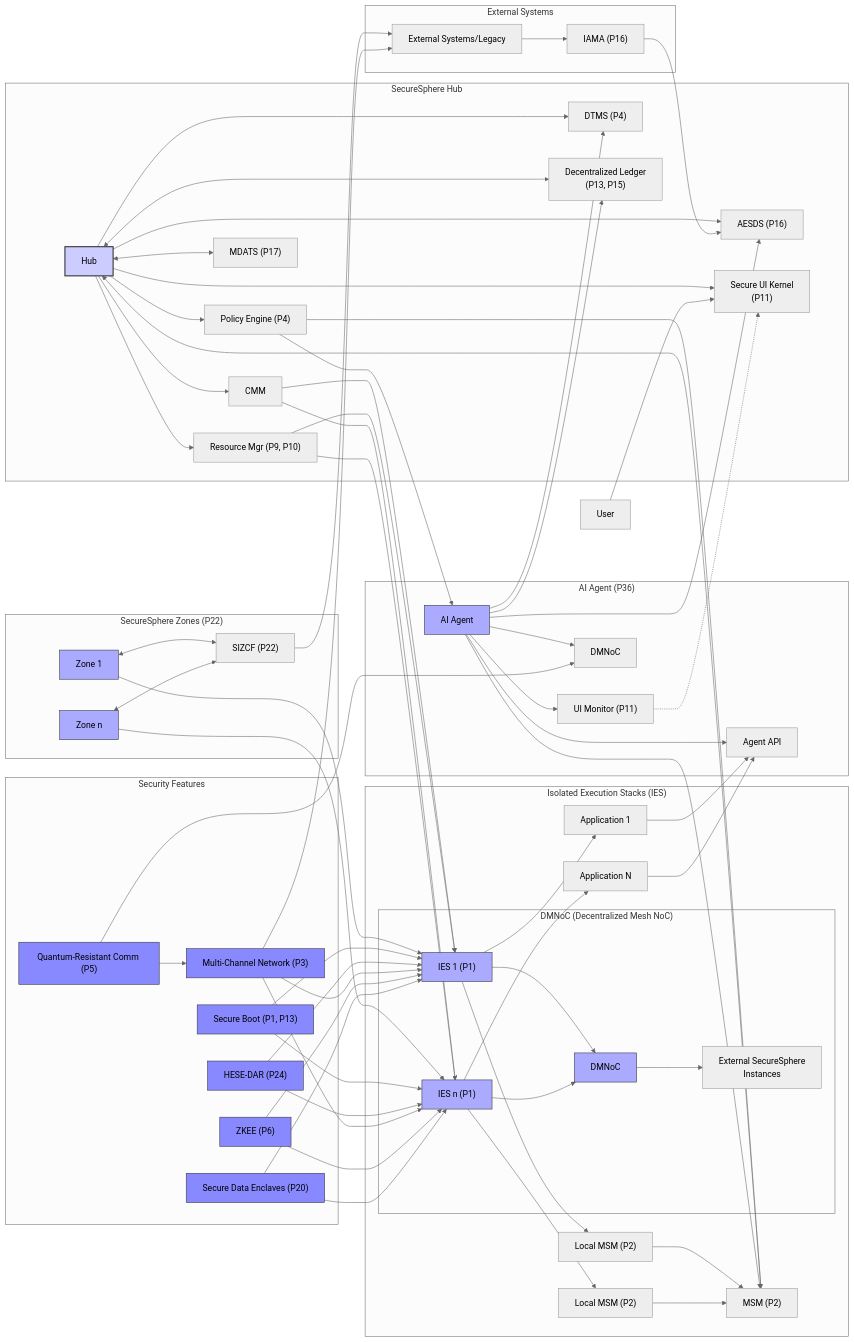
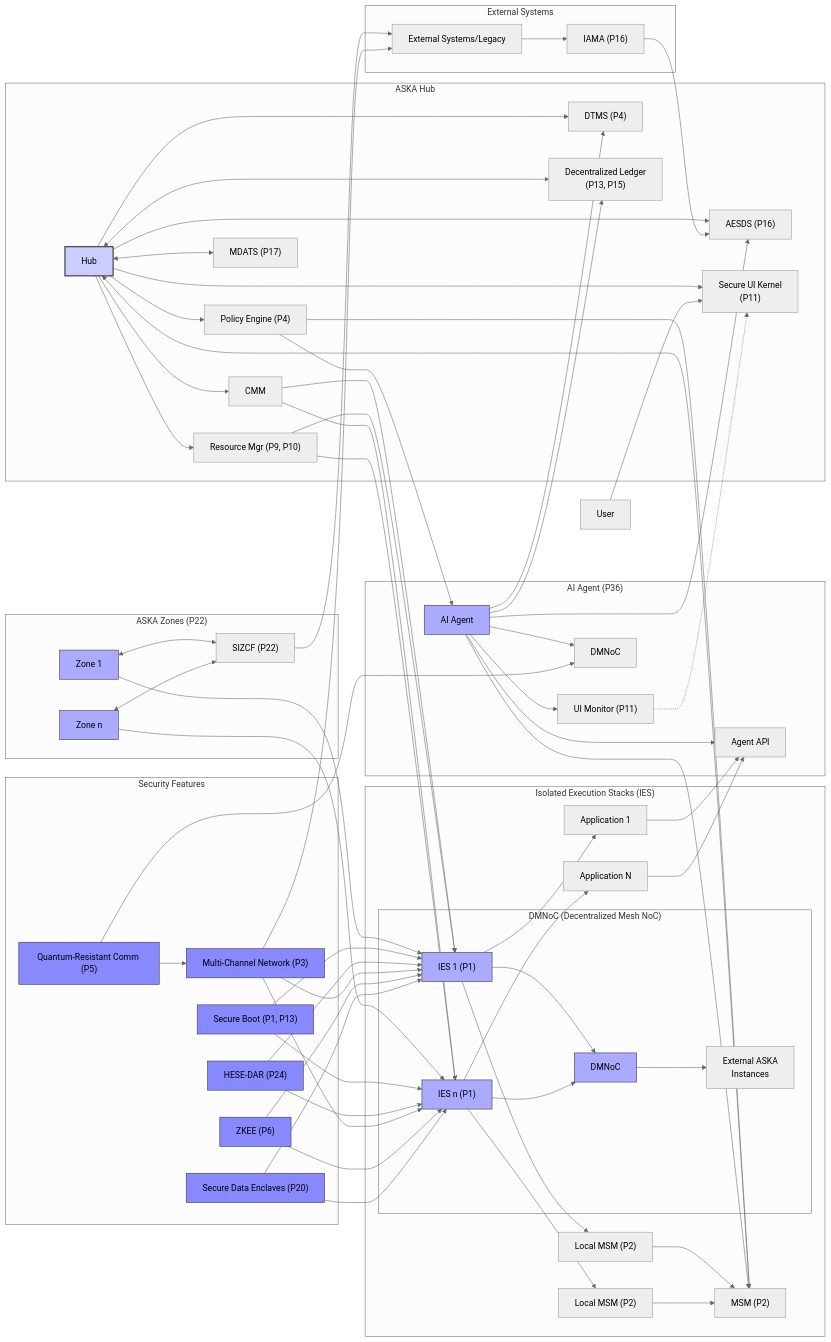
The first of 4 diagrams in DOC.md (nshkrdotcom/ASKA), drawn with Mermaid (neutral theme) before and after one commit. The commit also changed other lines of this file and 1 other file, not shown here.

````diff
--- a/DOC.md
+++ b/DOC.md
@@ -26,76 +26,76 @@
 ```mermaid
 graph LR
-    subgraph "SecureSphere&nbsp;Hub"
+    subgraph "ASKA&nbsp;Hub"
         Hub["Hub"] --> DTMS["DTMS (P4)"]
         Hub --> AESDS["AESDS (P16)"]
         Hub --> PolicyEngine["Policy Engine (P4)"]
         Hub --> ResourceMgr["Resource Mgr (P9, P10)"]
         Hub --> CMM["CMM"]
         Hub --> UIK["Secure UI Kernel<br>(P11)"]
         Hub <--> DLT["Decentralized Ledger<br>(P13, P15)"] & MDATS["MDATS (P17)"]
         style Hub fill:#ccf,stroke:#333,stroke-width:2px
     end
 
     subgraph "Isolated&nbsp;Execution&nbsp;Stacks&nbsp;(IES)"
         IES1["IES 1 (P1)"] --> LSM1["Local MSM (P2)"]
         IESn["IES n (P1)"] --> LSMn["Local MSM (P2)"]
         LSM1 --> MSM["MSM (P2)"]
         LSMn --> MSM
         IES1 --> App1["Application 1"]
         IESn --> AppN["Application N"]
         subgraph "DMNoC&nbsp;(Decentralized&nbsp;Mesh&nbsp;NoC)"
              IES1 --> DMNoC_IES["DMNoC"]
              IESn --> DMNoC_IES
-            DMNoC_IES --> Ext_SS["External SecureSphere<br>Instances"]
+            DMNoC_IES --> Ext_SS["External ASKA<br>Instances"]
           style DMNoC_IES fill:#aaf,stroke:#333,stroke-width:1px
         end
         style IES1 fill:#aaf,stroke:#333,stroke-width:1px
         style IESn fill:#aaf,stroke:#333,stroke-width:1px
     end
 
     subgraph "AI&nbsp;Agent&nbsp;(P36)"
         AIAgent["AI Agent"] --> API["Agent API"]
         AIAgent --> UIMonitor["UI Monitor (P11)"]
         UIMonitor -.-> UIK
         AIAgent --> DTMS & MSM & AESDS & DLT & DMN_AI["DMNoC"]
         App1 & AppN --> API
          style AIAgent fill:#aaf,stroke:#333,stroke-width:1px
     end
 
-    subgraph "SecureSphere&nbsp;Zones&nbsp;(P22)"
+    subgraph "ASKA&nbsp;Zones&nbsp;(P22)"
         Zone1["Zone 1"] --> IES1
         ZoneN["Zone n"] --> IESn
         Zone1 <--> SIZCF["SIZCF (P22)"]
         ZoneN <--> SIZCF
          style Zone1 fill:#aaf,stroke:#333,stroke-width:1px
          style ZoneN fill:#aaf,stroke:#333,stroke-width:1px
     end
 
     subgraph "External&nbsp;Systems"
         External["External Systems/Legacy"] --> IAMA["IAMA (P16)"]
         IAMA --> AESDS
         SIZCF --> External
          style External fill:#eee,stroke:#999,stroke-width:1px
     end
 
     subgraph "Security&nbsp;Features"
        SecureBoot["Secure Boot (P1, P13)"] --> IES1 & IESn
         HESE_DAR["HESE-DAR (P24)"] --> IES1 & IESn
         MCN["Multi-Channel Network (P3)"] --> IES1 & IESn & External
         Quantum["Quantum-Resistant Comm (P5)"] --> MCN & DMN_AI
         ZKEE["ZKEE (P6)"] --> IES1 & IESn
          SDE["Secure Data Enclaves (P20)"] --> IES1 & IESn
           style SecureBoot fill:#88f,stroke:#333,stroke-width:1px
            style HESE_DAR fill:#88f,stroke:#333,stroke-width:1px
             style MCN fill:#88f,stroke:#333,stroke-width:1px
              style Quantum fill:#88f,stroke:#333,stroke-width:1px
               style ZKEE fill:#88f,stroke:#333,stroke-width:1px
                style SDE fill:#88f,stroke:#333,stroke-width:1px
     end
 
     User["User"] --> UIK
     CMM --> IES1 & IESn
     PolicyEngine --> AIAgent & MSM
     ResourceMgr --> IES1 & IESn
     MSM --> Hub
 ```
````
